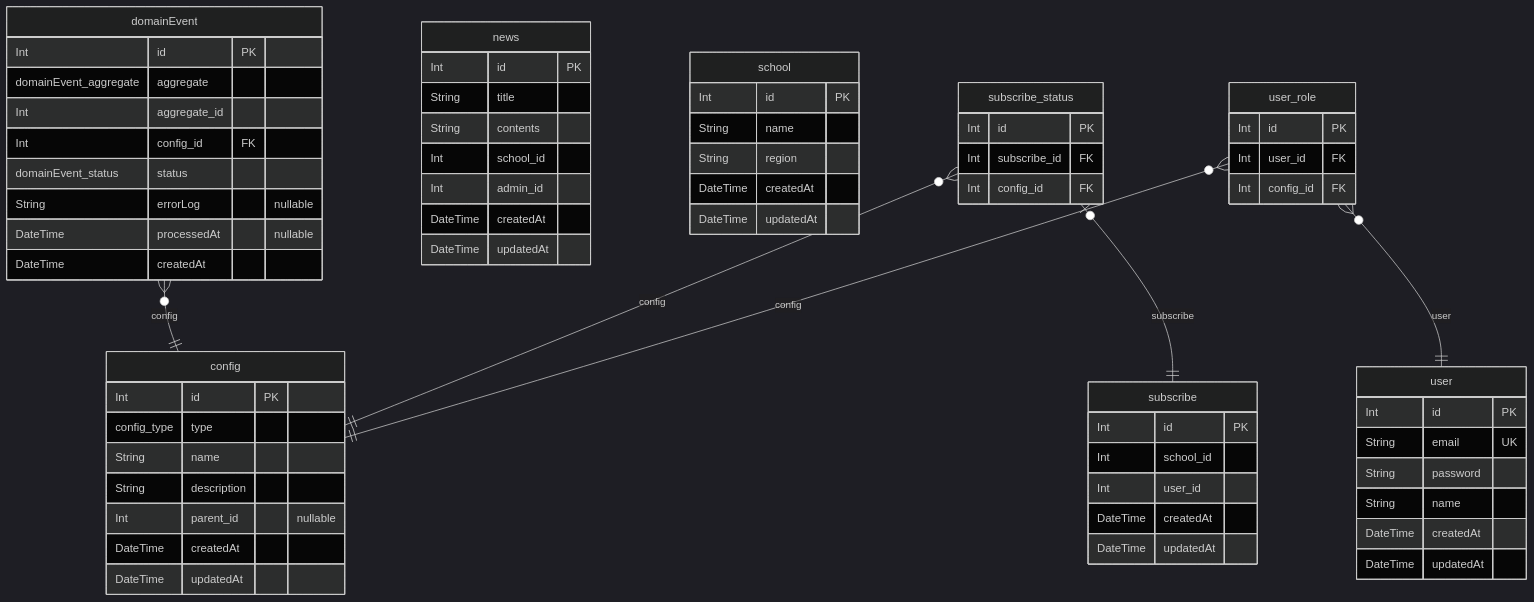
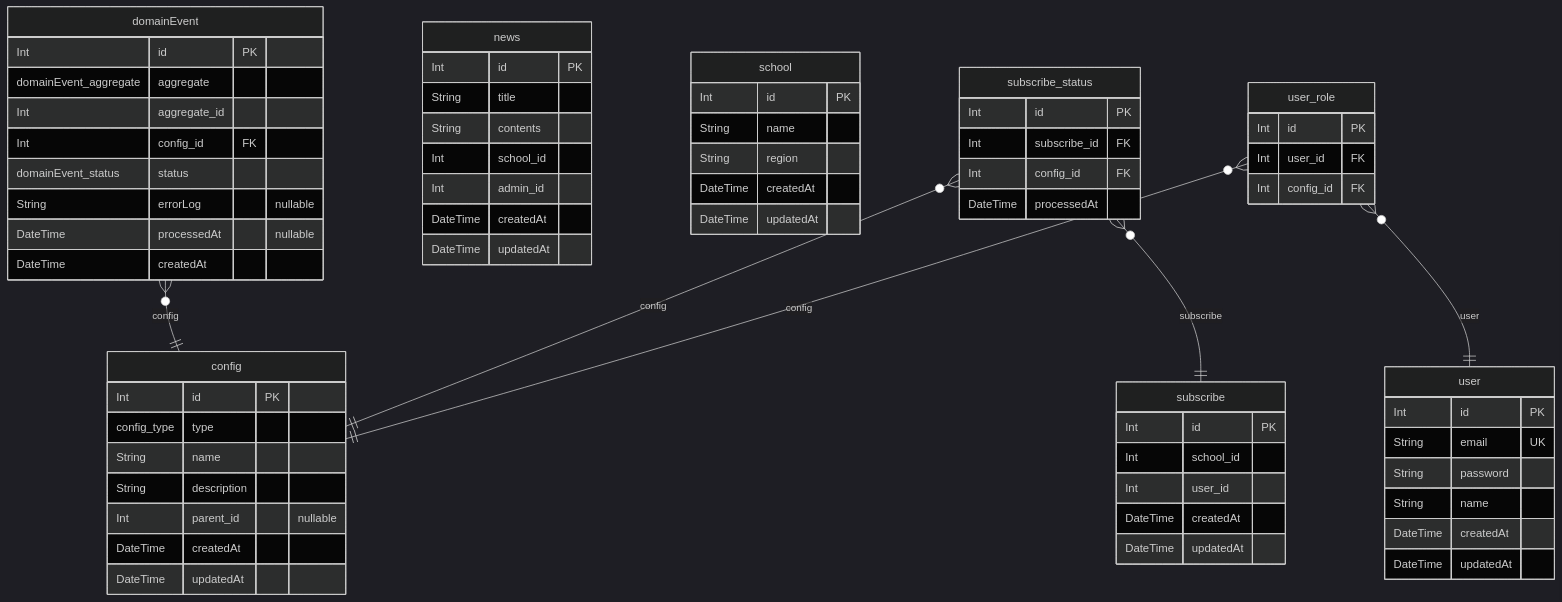
One commit to 2langk/classting changed the diagram in config/sql-history/ERD.md. Above: the diagram before and after it, drawn with Mermaid (dark theme). The commit also changed other lines of this file and 7 other files, not shown here.

Commit message:
fix: add processedAt column to subscribe table

````diff
--- a/config/sql-history/ERD.md
+++ b/config/sql-history/ERD.md
@@ -7,68 +7,69 @@
 ```mermaid
 erDiagram
 "config" {
   Int id PK
   config_type type
   String name
   String description
   Int parent_id "nullable"
   DateTime createdAt
   DateTime updatedAt
 }
 "domainEvent" {
   Int id PK
   domainEvent_aggregate aggregate
   Int aggregate_id
   Int config_id FK
   domainEvent_status status
   String errorLog "nullable"
   DateTime processedAt "nullable"
   DateTime createdAt
 }
 "news" {
   Int id PK
   String title
   String contents
   Int school_id
   Int admin_id
   DateTime createdAt
   DateTime updatedAt
 }
 "school" {
   Int id PK
   String name
   String region
   DateTime createdAt
   DateTime updatedAt
 }
 "subscribe" {
   Int id PK
   Int school_id
   Int user_id
   DateTime createdAt
   DateTime updatedAt
 }
 "subscribe_status" {
   Int id PK
   Int subscribe_id FK
   Int config_id FK
+  DateTime processedAt
 }
 "user" {
   Int id PK
   String email UK
   String password
   String name
   DateTime createdAt
   DateTime updatedAt
 }
 "user_role" {
   Int id PK
   Int user_id FK
   Int config_id FK
 }
 "domainEvent" }o--|| "config" : config
 "subscribe_status" }o--|| "config" : config
-"subscribe_status" |o--|| "subscribe" : subscribe
+"subscribe_status" }o--|| "subscribe" : subscribe
 "user_role" }o--|| "config" : config
 "user_role" }o--|| "user" : user
 ```
````
